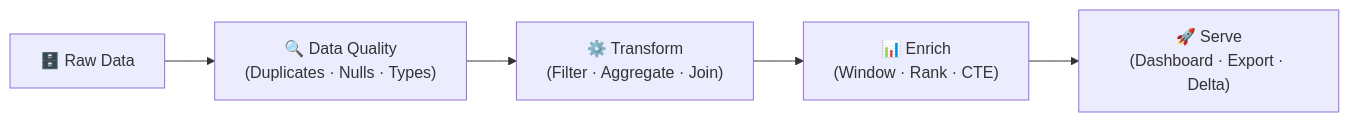
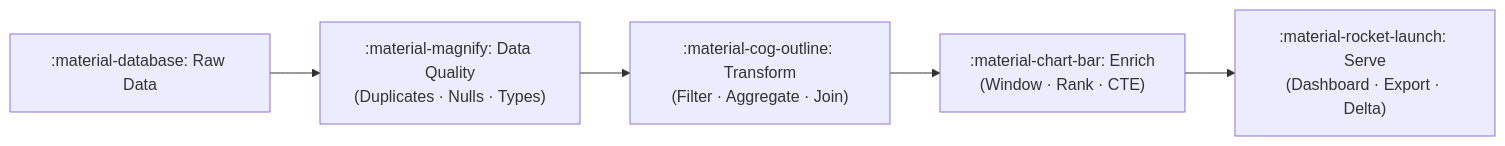
One commit to mahfooziiitian/spark-batch changed the diagram in spark-sql/docs/application/index.md. Above: the diagram before and after it, drawn with Mermaid. The commit also changed other lines of this file and 312 other files, not shown here.

````diff
--- a/spark-sql/docs/application/index.md
+++ b/spark-sql/docs/application/index.md
@@ -11,7 +11,7 @@
 ```mermaid
 graph LR
-    RAW["🗄️ Raw Data"] --> DQ["🔍 Data Quality\n(Duplicates · Nulls · Types)"]
-    DQ --> TRANSFORM["⚙️ Transform\n(Filter · Aggregate · Join)"]
-    TRANSFORM --> ENRICH["📊 Enrich\n(Window · Rank · CTE)"]
-    ENRICH --> SERVE["🚀 Serve\n(Dashboard · Export · Delta)"]
+    RAW[":material-database:️ Raw Data"] --> DQ[":material-magnify: Data Quality\n(Duplicates · Nulls · Types)"]
+    DQ --> TRANSFORM[":material-cog-outline:️ Transform\n(Filter · Aggregate · Join)"]
+    TRANSFORM --> ENRICH[":material-chart-bar: Enrich\n(Window · Rank · CTE)"]
+    ENRICH --> SERVE[":material-rocket-launch: Serve\n(Dashboard · Export · Delta)"]
 ```
````
